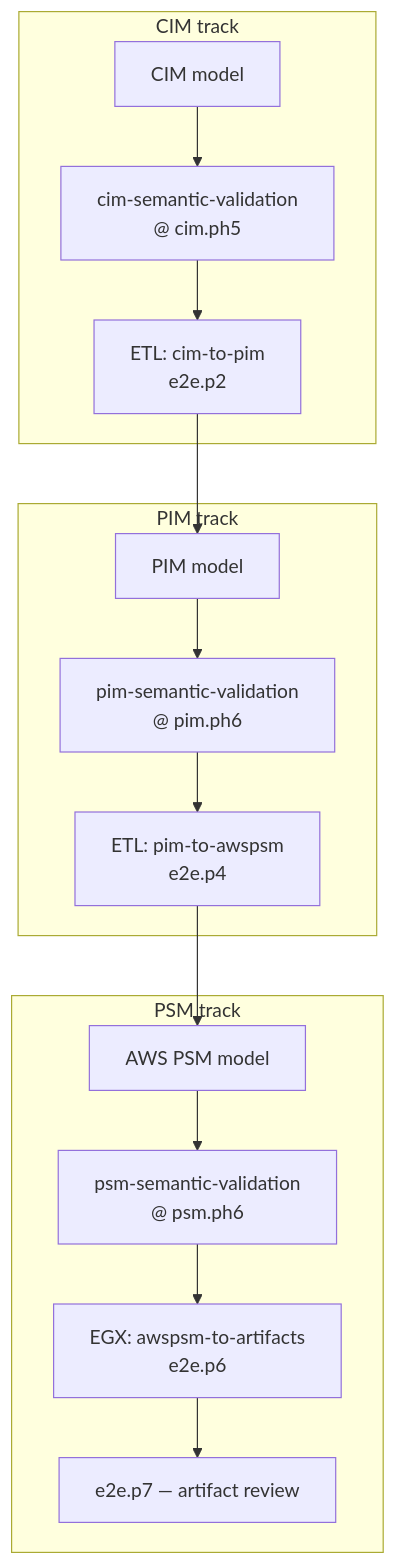
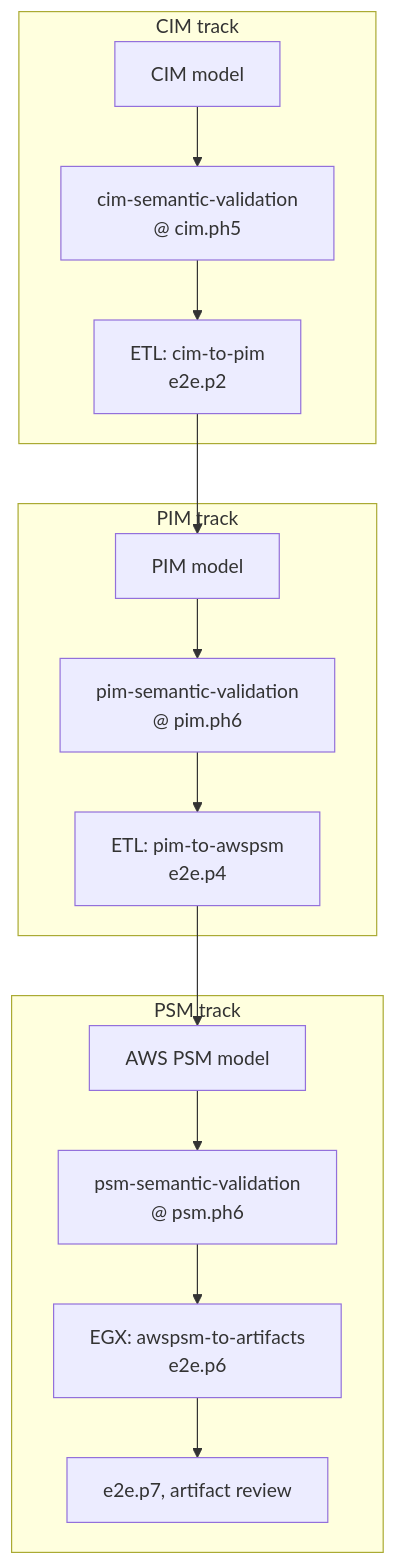
Before and after one commit to mehdieidi/modriss: the second of 3 diagrams in docs/diagrams/27-end-to-end-methodology.md, drawn with Mermaid. The commit also changed other lines of this file and 123 other files, not shown here.

````diff
--- a/docs/diagrams/27-end-to-end-methodology.md
+++ b/docs/diagrams/27-end-to-end-methodology.md
@@ -38,25 +38,25 @@
 ```mermaid
 flowchart TB
     subgraph cim["CIM track"]
         CIM["CIM model"]
         EVL_CIM["cim-semantic-validation<br/>@ cim.ph5"]
         ETL_CP["ETL: cim-to-pim<br/>e2e.p2"]
     end
 
     subgraph pim["PIM track"]
         PIM["PIM model"]
         EVL_PIM["pim-semantic-validation<br/>@ pim.ph6"]
         ETL_PP["ETL: pim-to-awspsm<br/>e2e.p4"]
     end
 
     subgraph psm["PSM track"]
         PSM["AWS PSM model"]
         EVL_PSM["psm-semantic-validation<br/>@ psm.ph6"]
         M2T["EGX: awspsm-to-artifacts<br/>e2e.p6"]
-        ART["e2e.p7 — artifact review"]
+        ART["e2e.p7, artifact review"]
     end
 
     CIM --> EVL_CIM --> ETL_CP --> PIM
     PIM --> EVL_PIM --> ETL_PP --> PSM
     PSM --> EVL_PSM --> M2T --> ART
 ```
````
